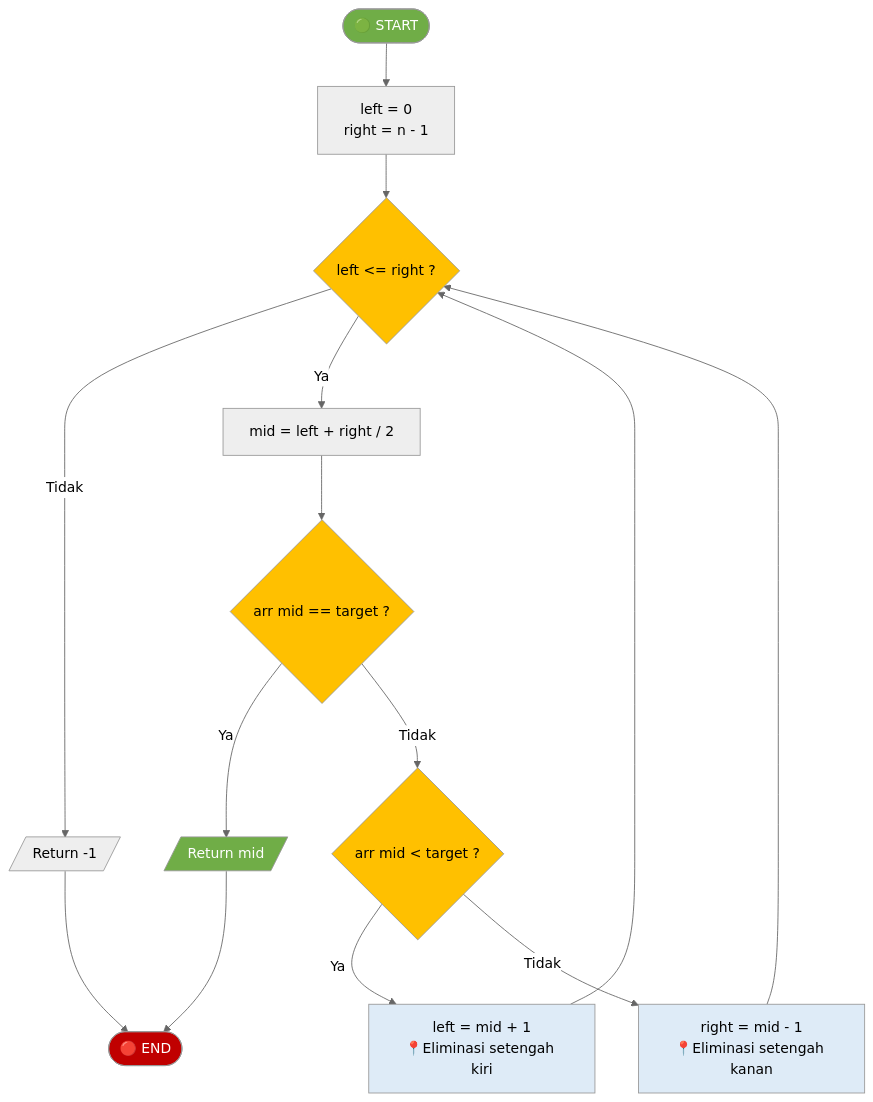
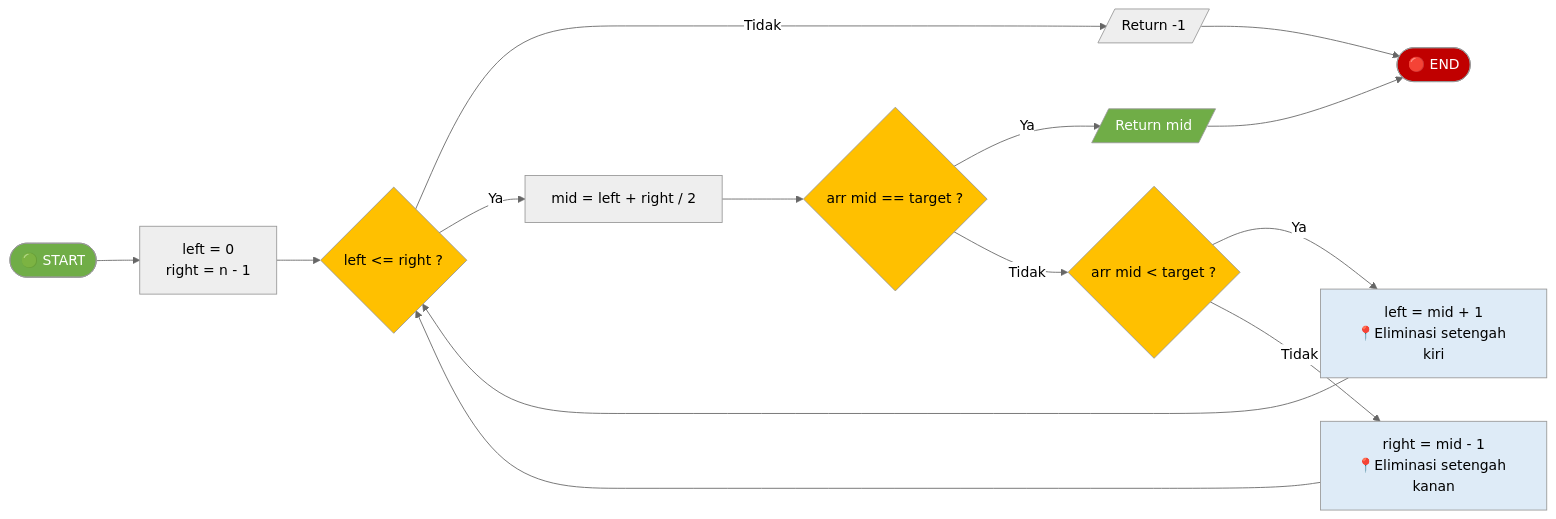
Diagram 14 of 21 in 01-modul.md (aidilsaputrakirsan-classroom/2026-modul-praktikum-strukturdata), drawn with Mermaid (neutral theme) before and after one commit.

Commit message:
Fix formatting in Binary Search example

````diff
--- a/01-modul.md
+++ b/01-modul.md
@@ -420,25 +420,25 @@
 ```mermaid
-flowchart TD
+flowchart LR
     START([🟢 START]) --> INIT[left = 0<br/>right = n - 1]
     INIT --> CHECK{left <= right ?}
     CHECK -->|Tidak| NOTFOUND[/Return -1/]
     CHECK -->|Ya| MID[mid = left + right / 2]
     MID --> COMPARE1{arr mid == target ?}
     COMPARE1 -->|Ya| FOUND[/Return mid/]
     COMPARE1 -->|Tidak| COMPARE2{arr mid < target ?}
     COMPARE2 -->|Ya| GOLEFT[left = mid + 1<br/>📍Eliminasi setengah kiri]
     COMPARE2 -->|Tidak| GORIGHT[right = mid - 1<br/>📍Eliminasi setengah kanan]
     GOLEFT --> CHECK
     GORIGHT --> CHECK
     FOUND --> END([🔴 END])
     NOTFOUND --> END
     
     style START fill:#70AD47,color:#fff
     style END fill:#C00000,color:#fff
     style CHECK fill:#FFC000
     style COMPARE1 fill:#FFC000
     style COMPARE2 fill:#FFC000
     style FOUND fill:#70AD47,color:#fff
     style GOLEFT fill:#DEEBF7
     style GORIGHT fill:#DEEBF7
 ```
````
